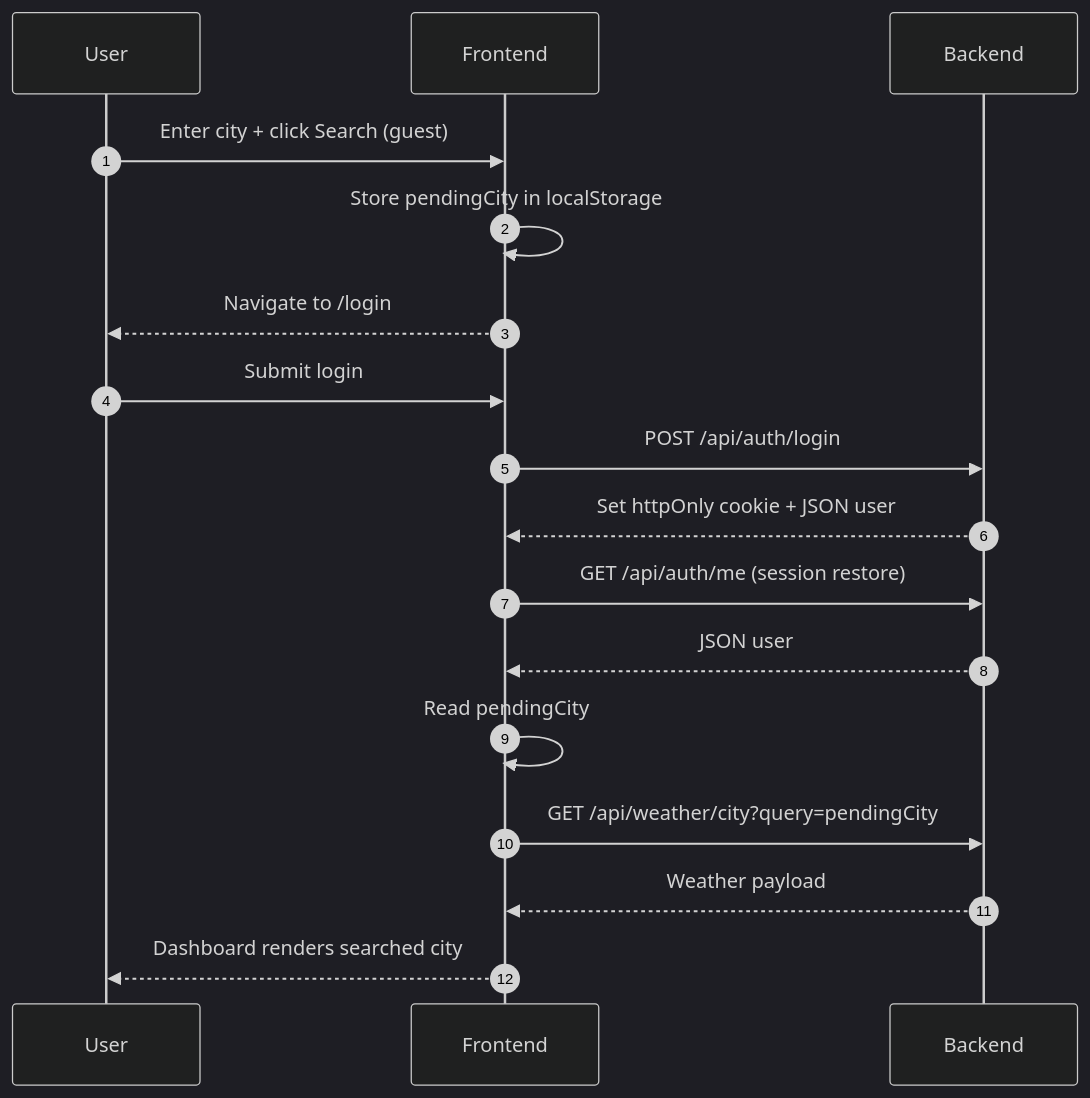
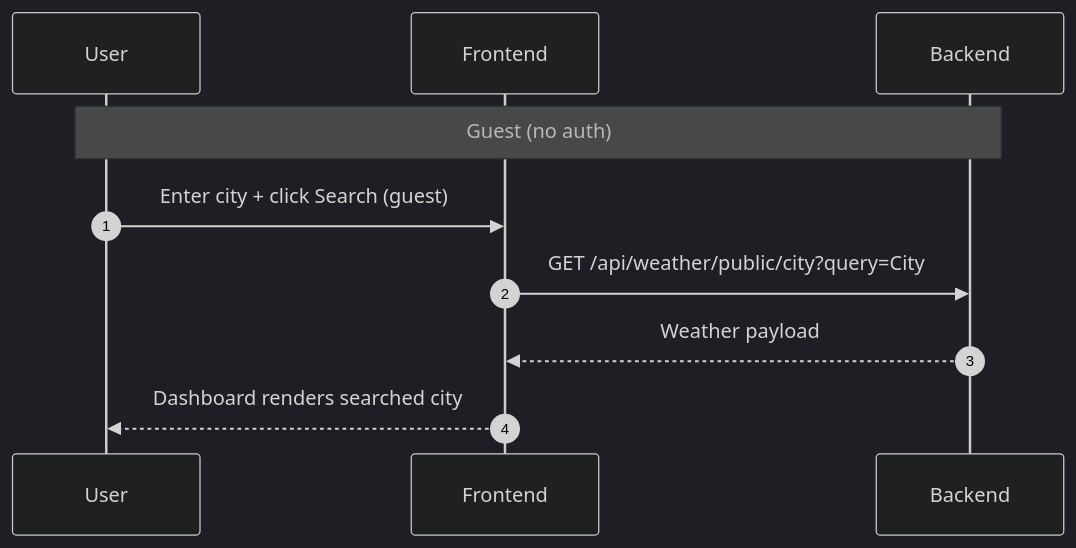
Before and after one commit to AnirudhCS-SASTRA2020/MERN-Weather-Application: the third of 8 diagrams in docs/FLOWS_AND_DIAGRAMS.md, drawn with Mermaid (dark theme). The commit also changed other lines of this file and 23 other files, not shown here.

````diff
--- a/docs/FLOWS_AND_DIAGRAMS.md
+++ b/docs/FLOWS_AND_DIAGRAMS.md
@@ -54,22 +54,14 @@
 ```mermaid
 sequenceDiagram
   autonumber
   participant U as User
   participant FE as Frontend
   participant BE as Backend
 
+  note over U,BE: Guest (no auth)
+
   U->>FE: Enter city + click Search (guest)
-  FE->>FE: Store pendingCity in localStorage
-  FE-->>U: Navigate to /login
-
-  U->>FE: Submit login
-  FE->>BE: POST /api/auth/login
-  BE-->>FE: Set httpOnly cookie + JSON user
-  FE->>BE: GET /api/auth/me (session restore)
-  BE-->>FE: JSON user
-
-  FE->>FE: Read pendingCity
-  FE->>BE: GET /api/weather/city?query=pendingCity
+  FE->>BE: GET /api/weather/public/city?query=City
   BE-->>FE: Weather payload
   FE-->>U: Dashboard renders searched city
 ```
````
